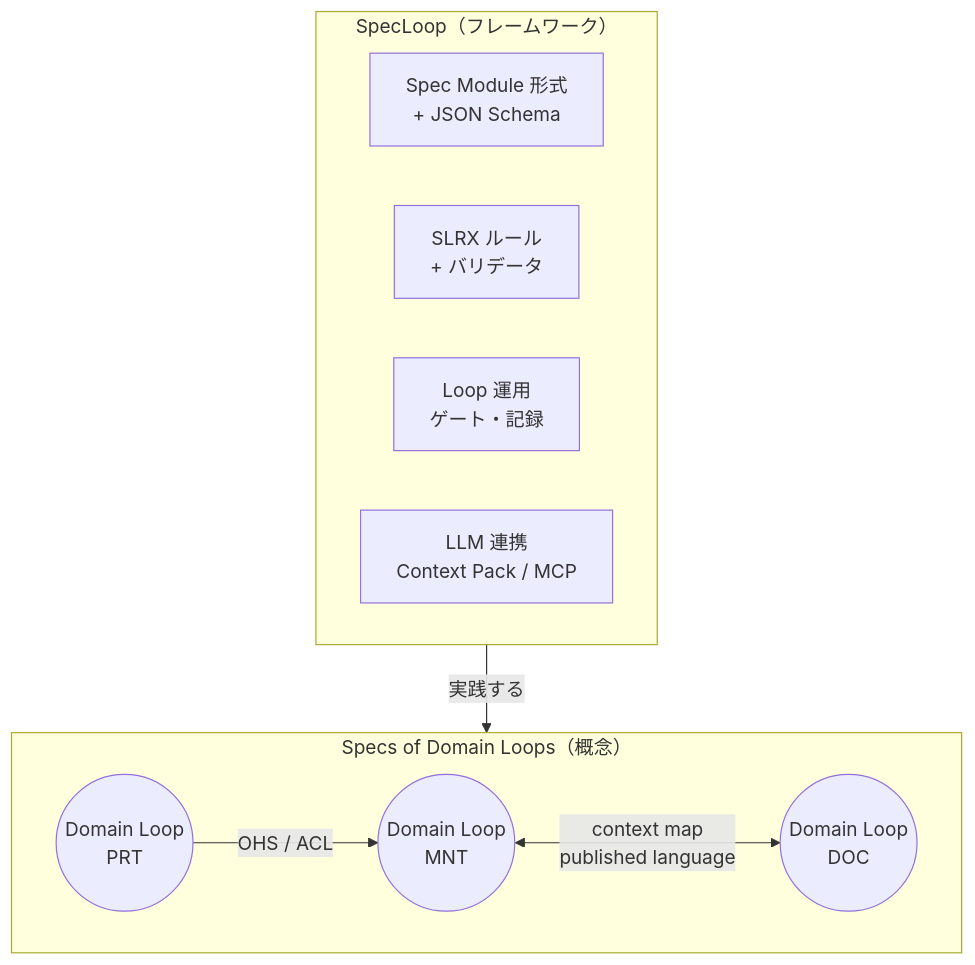
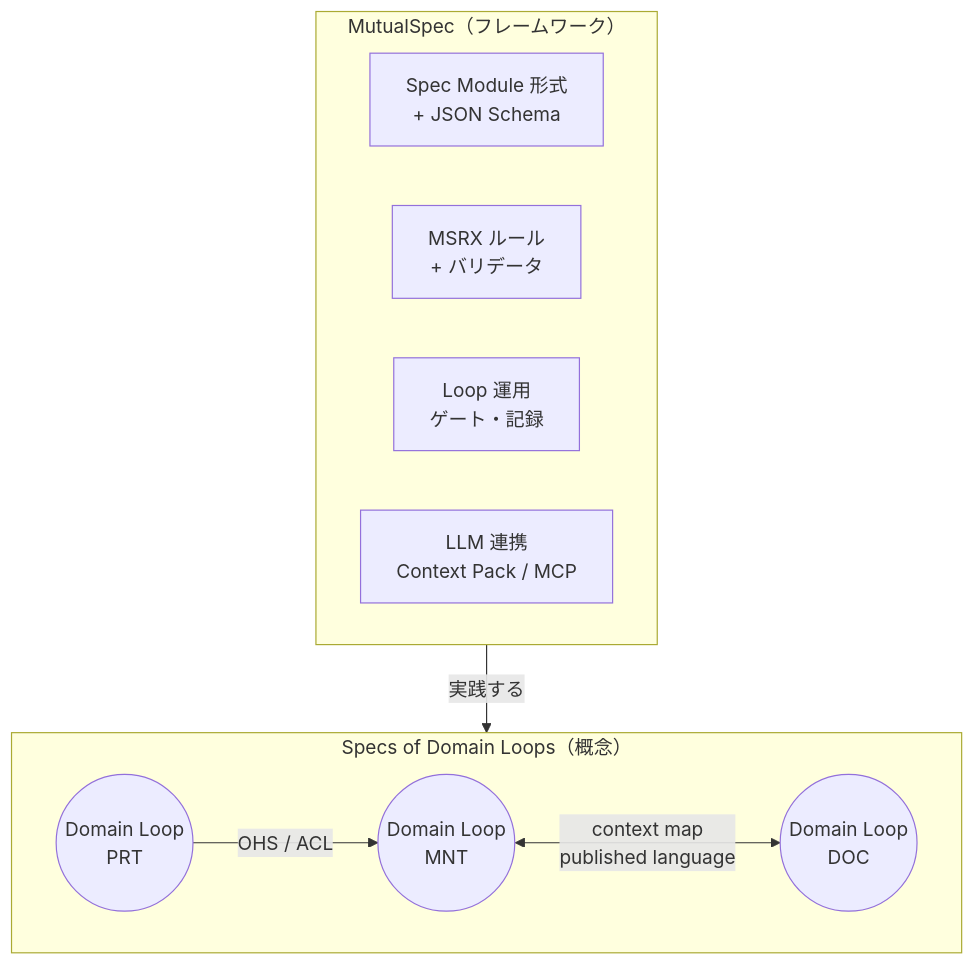
The diagram in docs/01-vision-and-principles.md (shuji-bonji/mutualspec), drawn with Mermaid before and after one commit. The commit also changed other lines of this file and 86 other files, not shown here.

Commit message:
docs: フレームワーク名を MutualSpec に変更し、ADR-0011 採用・XSD 修正・名称調査を反映

````diff
--- a/docs/01-vision-and-principles.md
+++ b/docs/01-vision-and-principles.md
@@ -28,19 +28,19 @@
 ```mermaid
 flowchart TB
   subgraph CONCEPT["Specs of Domain Loops（概念）"]
     direction LR
     DL1(("Domain Loop<br/>MNT"))
     DL2(("Domain Loop<br/>DOC"))
     DL3(("Domain Loop<br/>PRT"))
     DL1 <-->|"context map<br/>published language"| DL2
     DL3 -->|"OHS / ACL"| DL1
   end
-  subgraph FW["SpecLoop（フレームワーク）"]
+  subgraph FW["MutualSpec（フレームワーク）"]
     direction LR
     F1["Spec Module 形式<br/>+ JSON Schema"]
-    F2["SLRX ルール<br/>+ バリデータ"]
+    F2["MSRX ルール<br/>+ バリデータ"]
     F3["Loop 運用<br/>ゲート・記録"]
     F4["LLM 連携<br/>Context Pack / MCP"]
   end
   FW -->|"実践する"| CONCEPT
 ```
````
